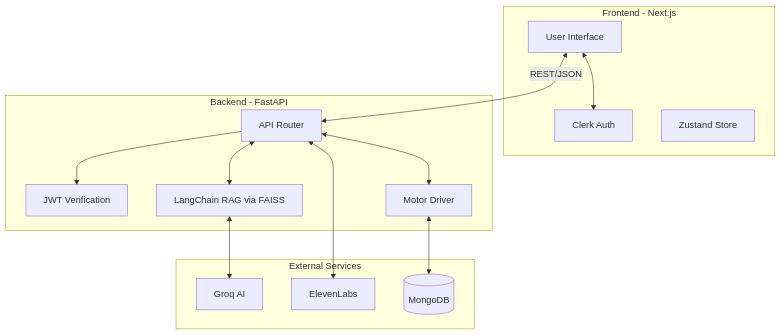
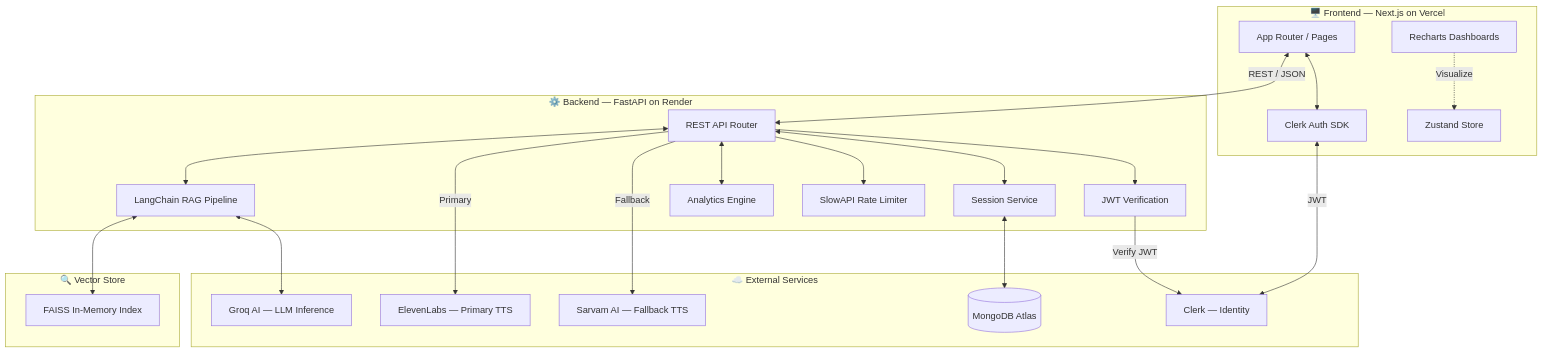
One commit to amansingh4012/InterviewIQ changed the first of 2 diagrams in README.md. Above: the diagram before and after it, drawn with Mermaid. The commit also changed other lines of this file, not shown here.

Commit message:
docs: overhaul README with enhanced project details, expanded feature descriptions, updated tech stack tables, and improved architecture diagrams.

````diff
--- a/README.md
+++ b/README.md
@@ -76,30 +143,46 @@
 ```mermaid
 graph TD
-    subgraph Client [Frontend - Next.js]
-        UI[User Interface]
-        AuthC[Clerk Auth]
-        State[Zustand Store]
+    subgraph Client ["🖥️ Frontend — Next.js on Vercel"]
+        UI["App Router / Pages"]
+        AuthC["Clerk Auth SDK"]
+        State["Zustand Store"]
+        Charts["Recharts Dashboards"]
     end
 
-    subgraph Server [Backend - FastAPI]
-        API[API Router]
-        AuthS[JWT Verification]
-        RAG[LangChain RAG via FAISS]
-        DBClient[Motor Driver]
+    subgraph Server ["⚙️ Backend — FastAPI on Render"]
+        API["REST API Router"]
+        AuthS["JWT Verification"]
+        RAG["LangChain RAG Pipeline"]
+        Session["Session Service"]
+        Analytics["Analytics Engine"]
+        RateLimit["SlowAPI Rate Limiter"]
     end
 
-    subgraph External [External Services]
-        LLM[Groq AI]
-        TTS[ElevenLabs]
-        DB[(MongoDB)]
+    subgraph VectorDB ["🔍 Vector Store"]
+        FAISS["FAISS In-Memory Index"]
     end
 
-    UI <-->|REST/JSON| API
+    subgraph External ["☁️ External Services"]
+        LLM["Groq AI — LLM Inference"]
+        TTS1["ElevenLabs — Primary TTS"]
+        TTS2["Sarvam AI — Fallback TTS"]
+        DB[("MongoDB Atlas")]
+        ClerkSvc["Clerk — Identity"]
+    end
+
+    UI <-->|REST / JSON| API
     UI <--> AuthC
+    AuthC <-->|JWT| ClerkSvc
+    API --> RateLimit
     API --> AuthS
+    AuthS -->|Verify JWT| ClerkSvc
     API <--> RAG
-    API <--> DBClient
-    DBClient <--> DB
+    RAG <--> FAISS
     RAG <--> LLM
-    API <--> TTS
+    API <--> Session
+    Session <--> DB
+    API <--> Analytics
+    API -->|Primary| TTS1
+    API -->|Fallback| TTS2
+    Charts -.->|Visualize| State
 ```
````
